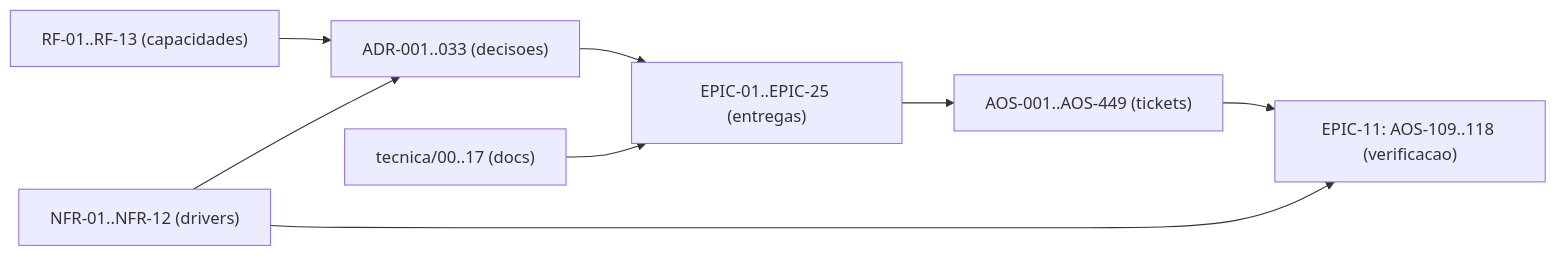
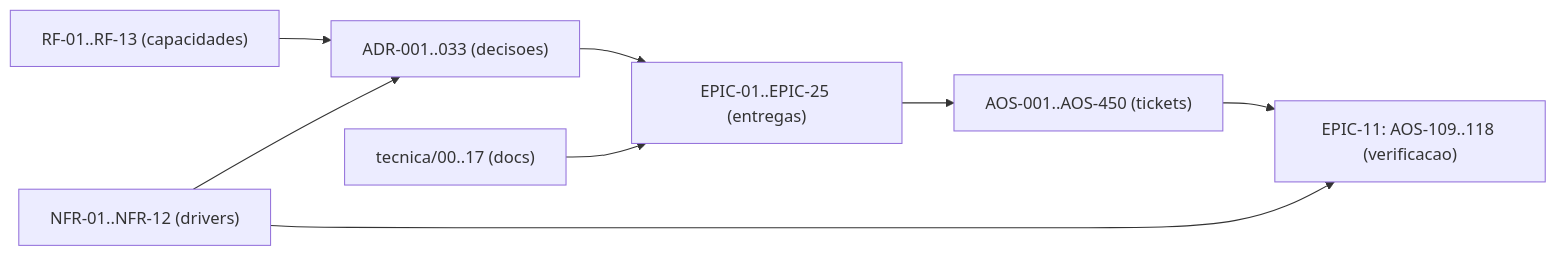
One commit to albinoJimy/aos changed the diagram in tecnica/16_Rastreabilidade_RTM.md. Above: the diagram before and after it, drawn with Mermaid. The commit also changed other lines of this file and 1 other file, not shown here.

First line of the commit message:
docs(AOS-443, AOS-448, AOS-450): 443 e 448 verificados em produção na v0.1.35; o deploy corre contra a drenagem passa a ter ticket (#387)

````diff
--- a/tecnica/16_Rastreabilidade_RTM.md
+++ b/tecnica/16_Rastreabilidade_RTM.md
@@ -195,10 +195,10 @@
 ```mermaid
 flowchart LR
     RF["RF-01..RF-13 (capacidades)"] --> ADR["ADR-001..033 (decisoes)"]
     NFR["NFR-01..NFR-12 (drivers)"] --> ADR
     ADR --> EPIC["EPIC-01..EPIC-25 (entregas)"]
-    EPIC --> TICK["AOS-001..AOS-449 (tickets)"]
+    EPIC --> TICK["AOS-001..AOS-450 (tickets)"]
     DOC["tecnica/00..17 (docs)"] --> EPIC
     TICK --> TEST["EPIC-11: AOS-109..118 (verificacao)"]
     NFR --> TEST
 ```
````
